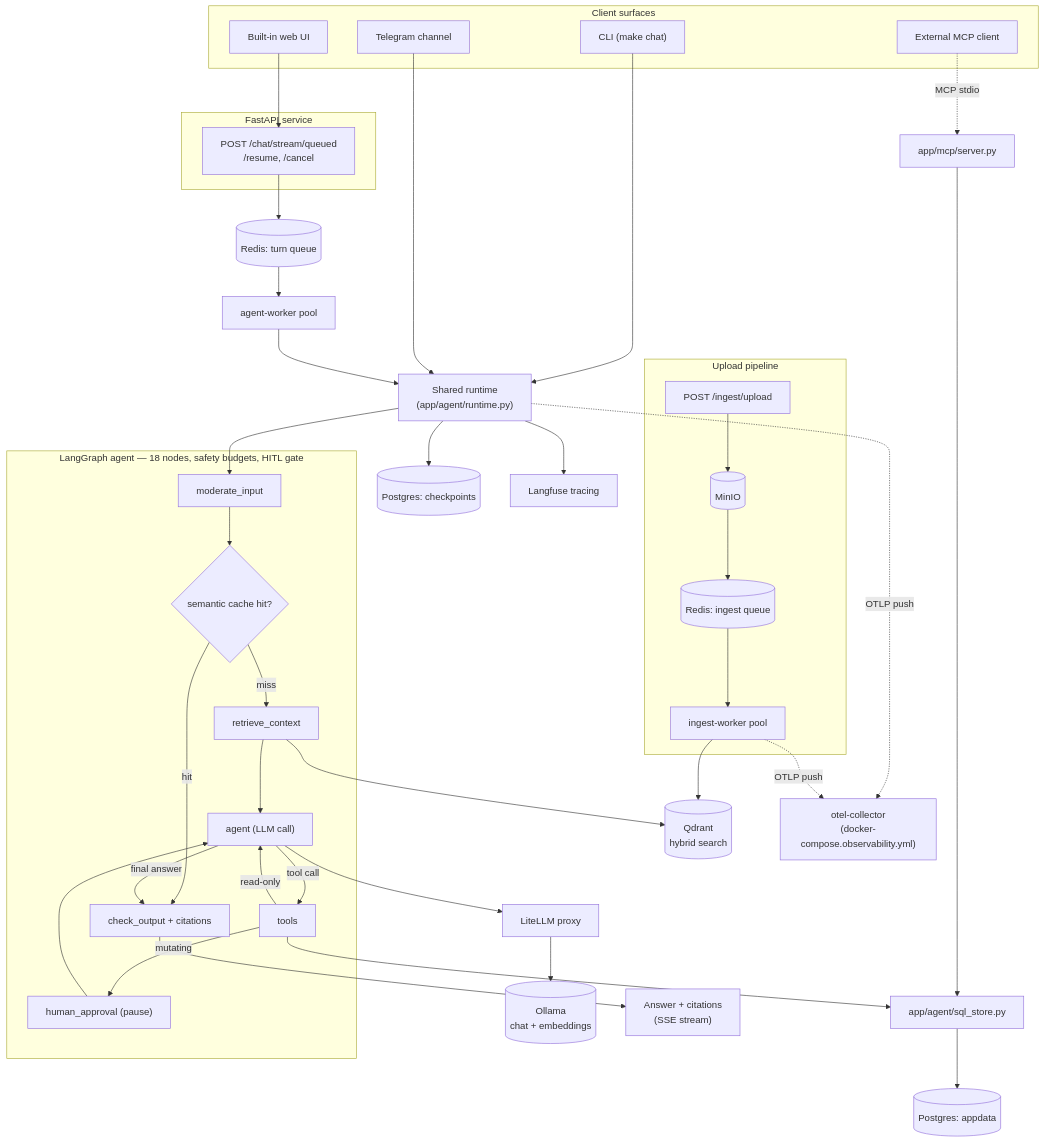
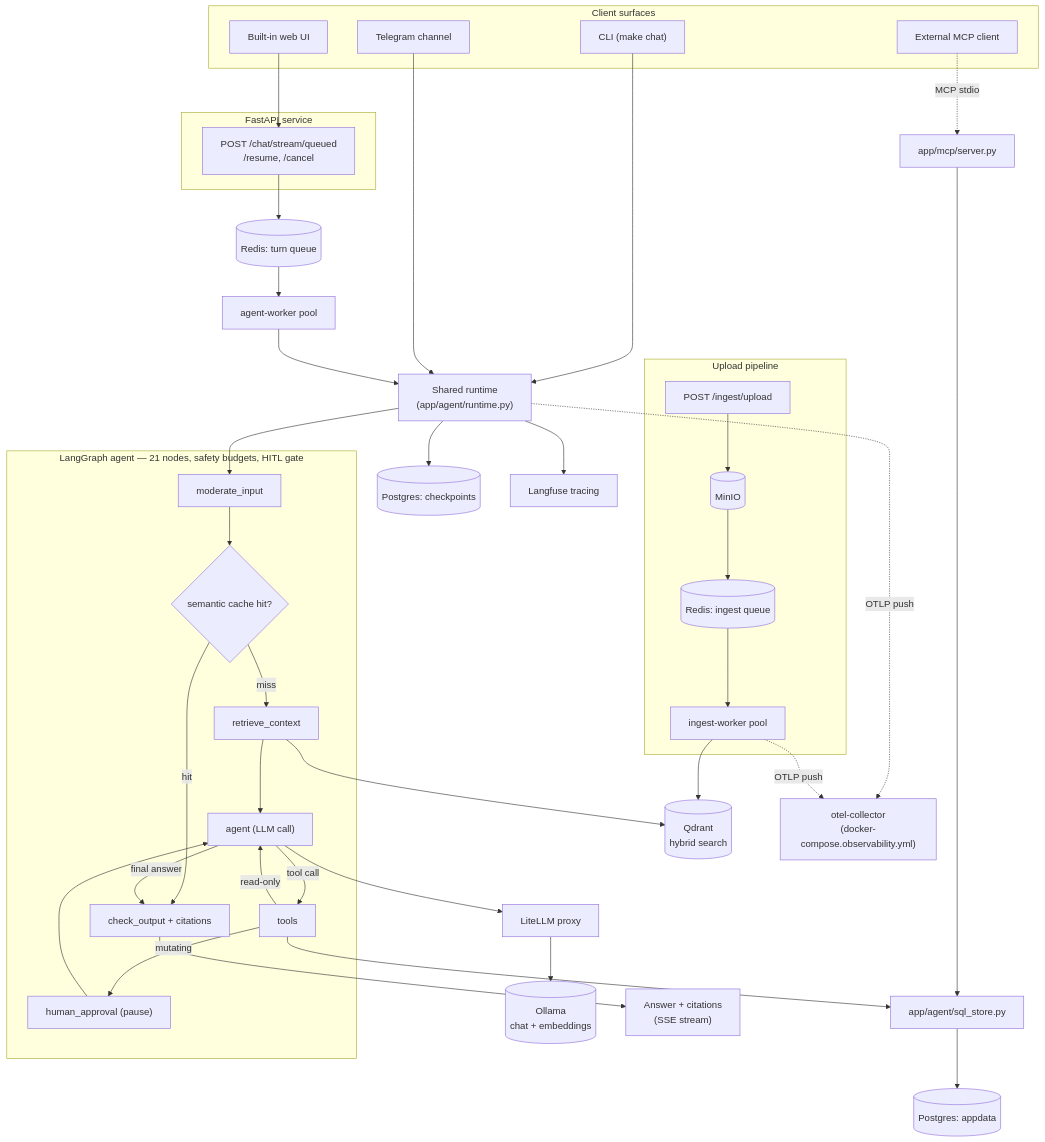
Before and after one commit to truongpx396/agent-core-demo: the diagram in README.md, drawn with Mermaid. The commit also changed other lines of this file and 8 other files, not shown here.

````diff
--- a/README.md
+++ b/README.md
@@ -49,60 +49,60 @@
 ```mermaid
 flowchart TB
     subgraph clients_sg["Client surfaces"]
         CLI["CLI (make chat)"]
         WebUI["Built-in web UI"]
         Telegram["Telegram channel"]
         ExtMCP["External MCP client"]
     end
 
     subgraph api_sg["FastAPI service"]
         Queued["POST /chat/stream/queued<br/>/resume, /cancel"]
     end
 
     CLI --> Runtime["Shared runtime<br/>(app/agent/runtime.py)"]
     WebUI --> Queued
     Telegram --> Runtime
     ExtMCP -. MCP stdio .-> MCPServer["app/mcp/server.py"]
 
     Queued --> TurnQueue[("Redis: turn queue")]
     TurnQueue --> AgentWorker["agent-worker pool"]
     AgentWorker --> Runtime
 
     Runtime --> Moderate
 
-    subgraph agent_sg["LangGraph agent — 18 nodes, safety budgets, HITL gate"]
+    subgraph agent_sg["LangGraph agent — 21 nodes, safety budgets, HITL gate"]
         Moderate["moderate_input"]
         CacheCheck{"semantic cache hit?"}
         Retrieve["retrieve_context"]
         AgentNode["agent (LLM call)"]
         ToolsNode["tools"]
         HITL["human_approval (pause)"]
         Output["check_output + citations"]
     end
 
     Moderate --> CacheCheck
     CacheCheck -- miss --> Retrieve --> AgentNode
     CacheCheck -- hit --> Output
     AgentNode -- tool call --> ToolsNode
     ToolsNode -- mutating --> HITL --> AgentNode
     ToolsNode -- read-only --> AgentNode
     AgentNode -- final answer --> Output
 
     MCPServer --> SQL["app/agent/sql_store.py"]
     ToolsNode --> SQL
     SQL --> Postgres[("Postgres: appdata")]
     Retrieve --> Qdrant[("Qdrant<br/>hybrid search")]
     AgentNode --> LiteLLM["LiteLLM proxy"] --> Ollama[("Ollama<br/>chat + embeddings")]
     Runtime --> Checkpointer[("Postgres: checkpoints")]
     Runtime --> Langfuse["Langfuse tracing"]
     Runtime -. OTLP push .-> OtelCollector["otel-collector<br/>(docker-compose.observability.yml)"]
     Output --> ClientResponse["Answer + citations<br/>(SSE stream)"]
 
     subgraph ingest_sg["Upload pipeline"]
         UploadEP["POST /ingest/upload"] --> MinIO[("MinIO")]
         MinIO --> IngestQueue[("Redis: ingest queue")]
         IngestQueue --> IngestWorker["ingest-worker pool"]
     end
     IngestWorker --> Qdrant
     IngestWorker -. OTLP push .-> OtelCollector
 ```
````
